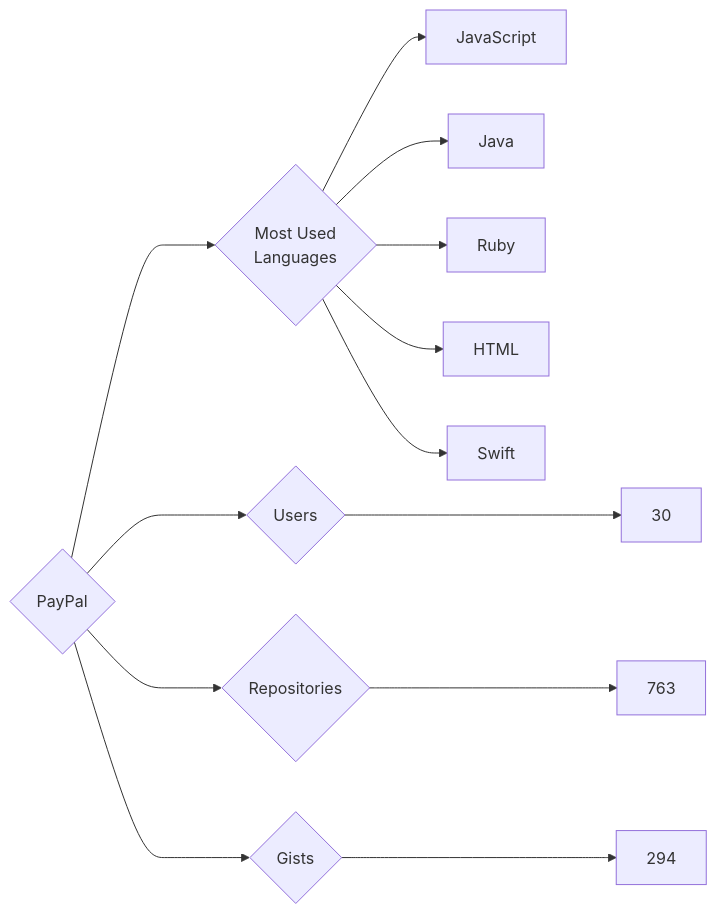
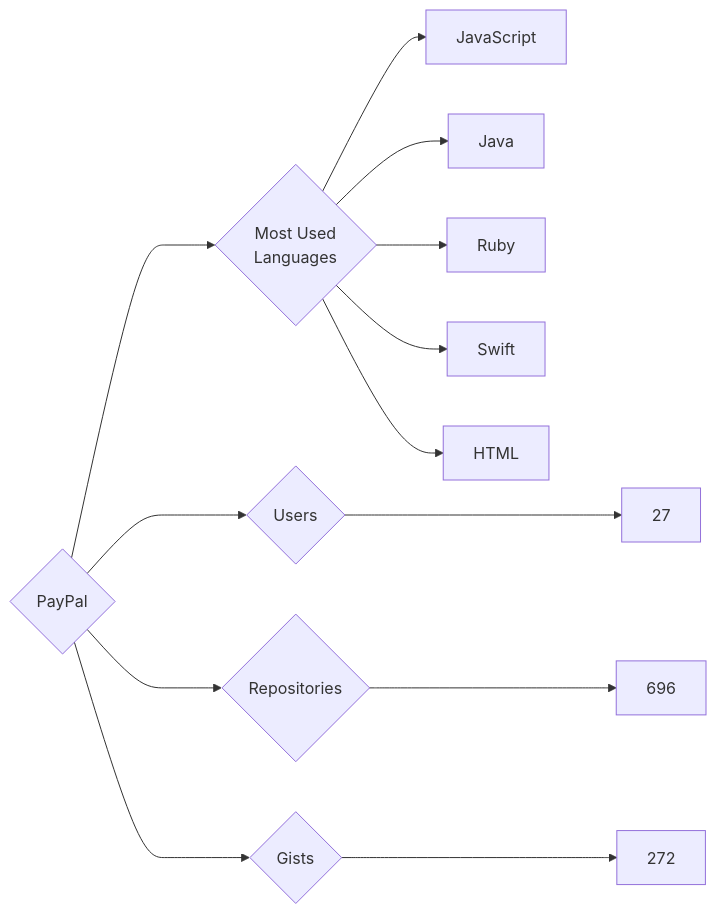
One commit to trickest/insiders changed the diagram in targets/PayPal/README.md. Above: the diagram before and after it, drawn with Mermaid. The commit also changed 1508 other files, not shown here.

````diff
--- a/targets/PayPal/README.md
+++ b/targets/PayPal/README.md
@@ -3,13 +3,13 @@
 ```mermaid
 graph LR
 COMPANY_NAME{PayPal}
-COMPANY_NAME ---> U{Users} ---> UN[30]
-COMPANY_NAME ---> R{Repositories} ---> RN[763]
-COMPANY_NAME ---> G{Gists} ---> GN[294]
+COMPANY_NAME ---> U{Users} ---> UN[27]
+COMPANY_NAME ---> R{Repositories} ---> RN[696]
+COMPANY_NAME ---> G{Gists} ---> GN[272]
 COMPANY_NAME ---> ML{Most Used<br>Languages}
 ML --> JavaScript[JavaScript]
 ML --> Java[Java]
 ML --> Ruby[Ruby]
+ML --> Swift[Swift]
 ML --> HTML[HTML]
-ML --> Swift[Swift]
 ```
````
